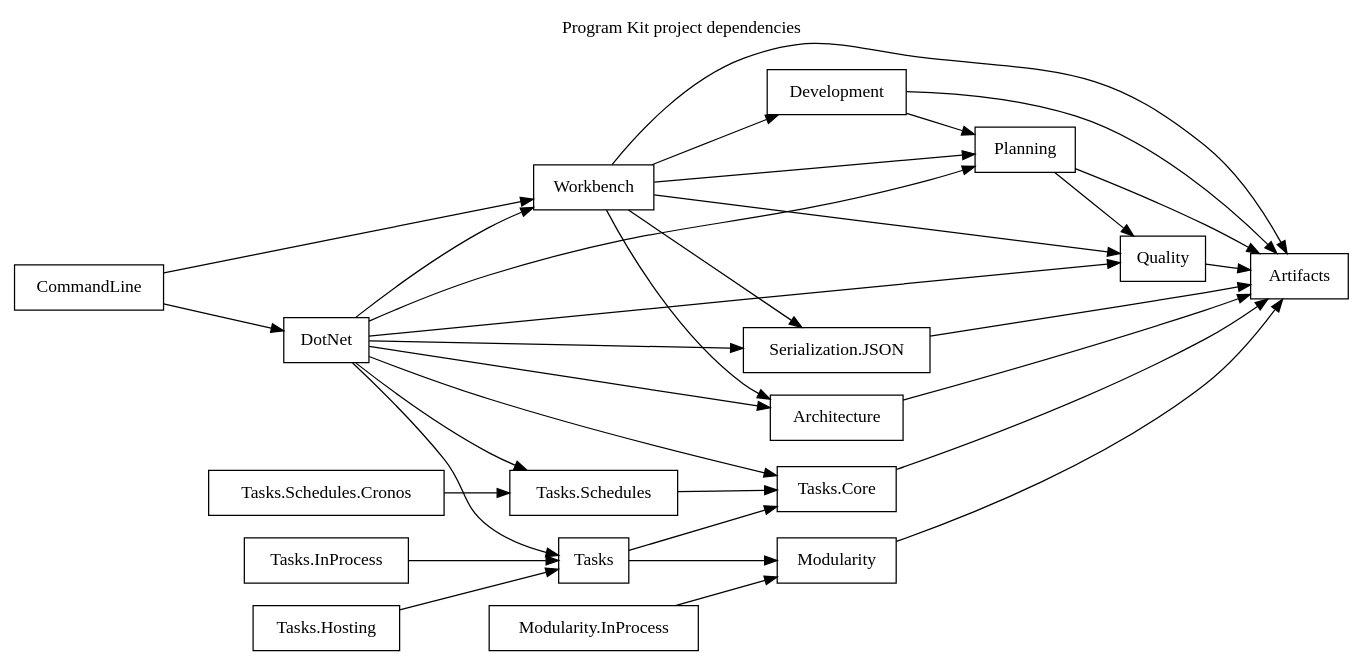
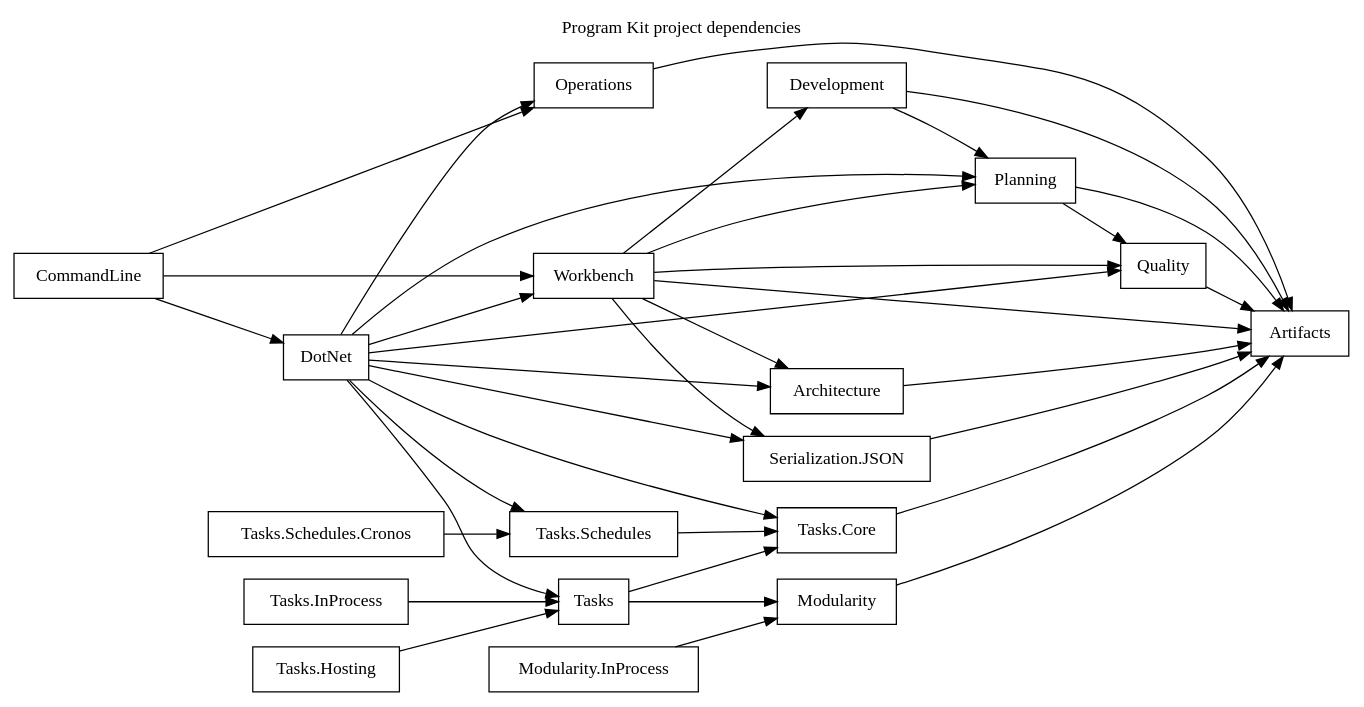
Before and after one commit to orbyss-io/program-kit: the diagram in artifacts/self-hosted/dependency-graph.dot, drawn with Graphviz. The commit also changed 95 other files, not shown here.

```diff
--- a/artifacts/self-hosted/dependency-graph.dot
+++ b/artifacts/self-hosted/dependency-graph.dot
@@ -1,37 +1,40 @@
 digraph ProgramKitDependencies {
   graph [label="Program Kit project dependencies", labelloc="t", rankdir="LR"];
   node [shape="box"];
 
   "Architecture" -> "Artifacts";
   "CommandLine" -> "DotNet";
+  "CommandLine" -> "Operations";
   "CommandLine" -> "Workbench";
   "Development" -> "Artifacts";
   "Development" -> "Planning";
   "DotNet" -> "Architecture";
+  "DotNet" -> "Operations";
   "DotNet" -> "Planning";
   "DotNet" -> "Quality";
   "DotNet" -> "Serialization.JSON";
   "DotNet" -> "Tasks";
   "DotNet" -> "Tasks.Core";
   "DotNet" -> "Tasks.Schedules";
   "DotNet" -> "Workbench";
   "Modularity" -> "Artifacts";
   "Modularity.InProcess" -> "Modularity";
+  "Operations" -> "Artifacts";
   "Planning" -> "Artifacts";
   "Planning" -> "Quality";
   "Quality" -> "Artifacts";
   "Serialization.JSON" -> "Artifacts";
   "Tasks" -> "Modularity";
   "Tasks" -> "Tasks.Core";
   "Tasks.Core" -> "Artifacts";
   "Tasks.Hosting" -> "Tasks";
   "Tasks.InProcess" -> "Tasks";
   "Tasks.Schedules" -> "Tasks.Core";
   "Tasks.Schedules.Cronos" -> "Tasks.Schedules";
   "Workbench" -> "Architecture";
   "Workbench" -> "Artifacts";
   "Workbench" -> "Development";
   "Workbench" -> "Planning";
   "Workbench" -> "Quality";
   "Workbench" -> "Serialization.JSON";
 }
```
